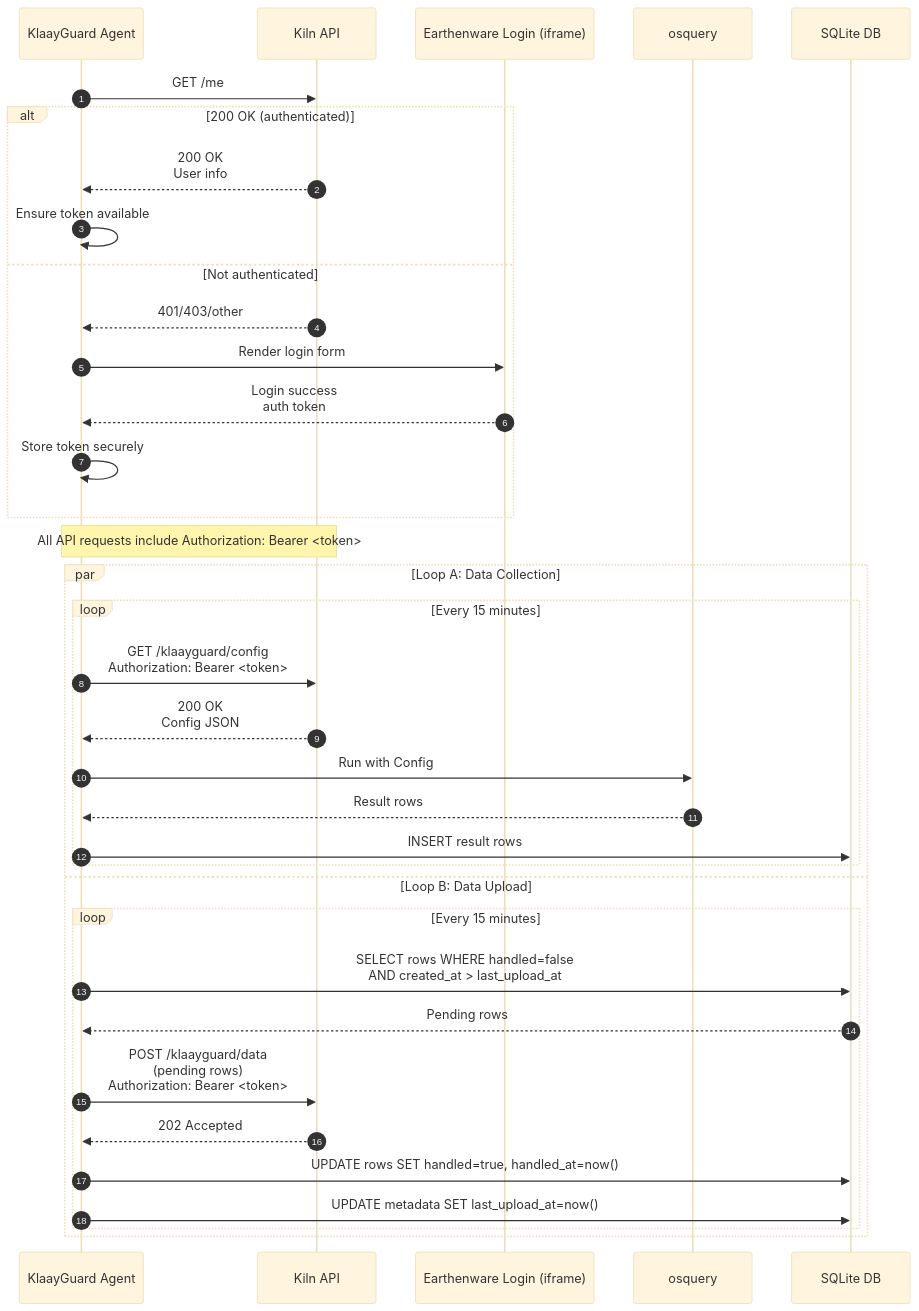
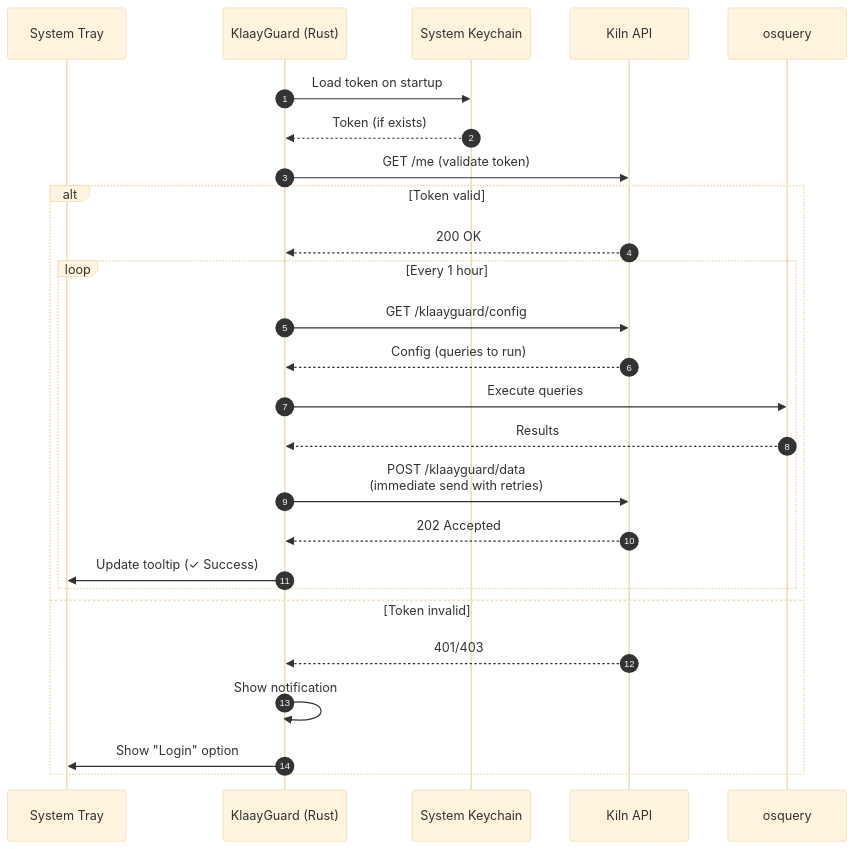
One commit to klaayinc/klaayguard changed the diagram in README.md. Above: the diagram before and after it, drawn with Mermaid (base theme). The commit also changed other lines of this file and 153 other files, not shown here.

First line of the commit message:
Simplify KlaayGuard to system tray-only app

````diff
--- a/README.md
+++ b/README.md
@@ -19,42 +33,30 @@
 ```mermaid
 sequenceDiagram
     autonumber
-    participant Agent as KlaayGuard Agent
+    participant Tray as System Tray
+    participant Agent as KlaayGuard (Rust)
+    participant Keychain as System Keychain
     participant API as Kiln API
-    participant Iframe as Earthenware Login (iframe)
     participant Osquery as osquery
-    participant SQLite as SQLite DB
 
-    %% Startup authentication check
-    Agent->>API: GET /me
-    alt 200 OK (authenticated)
-        API-->>Agent: 200 OK<br/>User info
-        Agent->>Agent: Ensure token available
-    else Not authenticated
-        API-->>Agent: 401/403/other
-        Agent->>Iframe: Render login form
-        Iframe-->>Agent: Login success<br/>auth token
-        Agent->>Agent: Store token securely
-    end
-
-    Note over Agent,API: All API requests include Authorization: Bearer <token>
-
-    par Loop A: Data Collection
-        loop Every 15 minutes
-            Agent->>API: GET /klaayguard/config<br/>Authorization: Bearer <token>
-            API-->>Agent: 200 OK<br/>Config JSON
-            Agent->>Osquery: Run with Config
-            Osquery-->>Agent: Result rows
-            Agent->>SQLite: INSERT result rows
+    Agent->>Keychain: Load token on startup
+    Keychain-->>Agent: Token (if exists)
+    Agent->>API: GET /me (validate token)
+    
+    alt Token valid
+        API-->>Agent: 200 OK
+        loop Every 1 hour
+            Agent->>API: GET /klaayguard/config
+            API-->>Agent: Config (queries to run)
+            Agent->>Osquery: Execute queries
+            Osquery-->>Agent: Results
+            Agent->>API: POST /klaayguard/data<br/>(immediate send with retries)
+            API-->>Agent: 202 Accepted
+            Agent->>Tray: Update tooltip (✓ Success)
         end
-    and Loop B: Data Upload
-        loop Every 15 minutes
-            Agent->>SQLite: SELECT rows WHERE handled=false<br/>AND created_at > last_upload_at
-            SQLite-->>Agent: Pending rows
-            Agent->>API: POST /klaayguard/data<br/>(pending rows)<br/>Authorization: Bearer <token>
-            API-->>Agent: 202 Accepted
-            Agent->>SQLite: UPDATE rows SET handled=true, handled_at=now()
-            Agent->>SQLite: UPDATE metadata SET last_upload_at=now()
-        end
+    else Token invalid
+        API-->>Agent: 401/403
+        Agent->>Agent: Show notification
+        Agent->>Tray: Show "Login" option
     end
 ```
````
